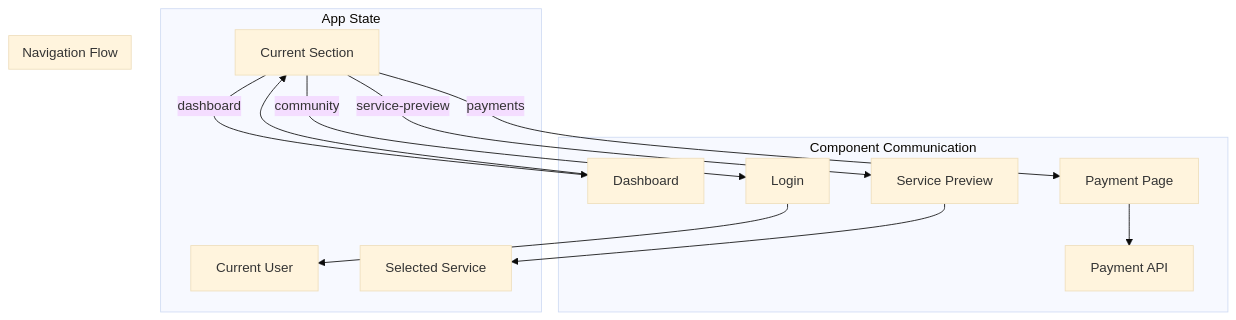
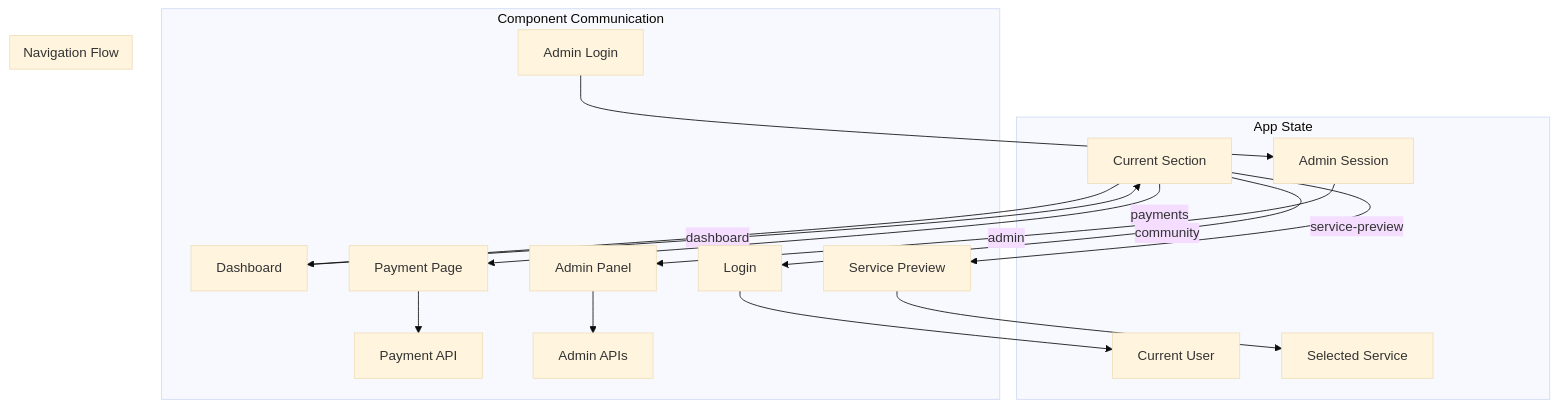
One commit to ehmjhay11/hackathon changed the sixth of 7 diagrams in trackify/ARCHITECTURE.md. Above: the diagram before and after it, drawn with Mermaid (base theme). The commit also changed other lines of this file, not shown here.

Commit message:
updated-architecture

````diff
--- a/trackify/ARCHITECTURE.md
+++ b/trackify/ARCHITECTURE.md
@@ -257,22 +462,26 @@
 ```mermaid
 graph TD
     subgraph "App State"
         CS[Current Section]
         CU[Current User]
         SS[Selected Service]
+        AS[Admin Session]
     end
     
     subgraph "Component Communication"
         D[Dashboard] --> CS
         L[Login] --> CU
+        AL[Admin Login] --> AS
         SP[Service Preview] --> SS
         PP[Payment Page] --> API[Payment API]
+        AP[Admin Panel] --> AAPI[Admin APIs]
     end
     
     subgraph "Navigation Flow"
         CS --> |dashboard| D
         CS --> |payments| PP
         CS --> |service-preview| SP
         CS --> |community| L
+        AS --> |admin| AP
     end
 ```
````
